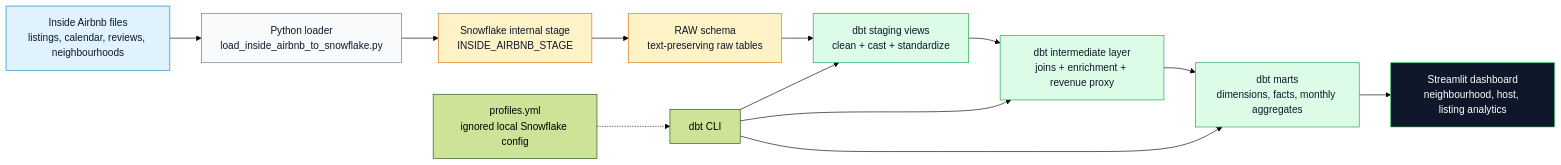
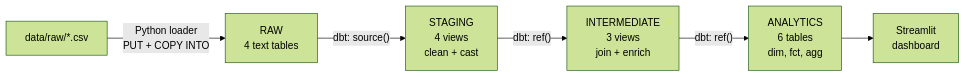
One commit to analyticsdurgesh/Snowflake_DBT_Project changed the first of 2 diagrams in README.md. Above: the diagram before and after it, drawn with Mermaid (forest theme). The commit also changed other lines of this file and 41 other files, not shown here.

````diff
--- a/README.md
+++ b/README.md
@@ -35,24 +45,8 @@
 ```mermaid
 flowchart LR
-    A["Inside Airbnb files<br/>listings, calendar, reviews, neighbourhoods"] --> B["Python loader<br/>load_inside_airbnb_to_snowflake.py"]
-    B --> C["Snowflake internal stage<br/>INSIDE_AIRBNB_STAGE"]
-    C --> D["RAW schema<br/>text-preserving raw tables"]
-    D --> E["dbt staging views<br/>clean + cast + standardize"]
-    E --> F["dbt intermediate layer<br/>joins + enrichment + revenue proxy"]
-    F --> G["dbt marts<br/>dimensions, facts, monthly aggregates"]
-    G --> H["Streamlit dashboard<br/>neighbourhood, host, listing analytics"]
-
-    I["profiles.yml<br/>ignored local Snowflake config"] -.-> J["dbt CLI"]
-    J --> E
-    J --> F
-    J --> G
-
-    style A fill:#E0F2FE,stroke:#0284C7,color:#0F172A
-    style B fill:#F8FAFC,stroke:#64748B,color:#0F172A
-    style C fill:#FEF3C7,stroke:#D97706,color:#0F172A
-    style D fill:#FEF3C7,stroke:#D97706,color:#0F172A
-    style E fill:#DCFCE7,stroke:#16A34A,color:#0F172A
-    style F fill:#DCFCE7,stroke:#16A34A,color:#0F172A
-    style G fill:#DCFCE7,stroke:#16A34A,color:#0F172A
-    style H fill:#0F172A,stroke:#22C55E,color:#FFFFFF
+    A["data/raw/*.csv"] -->|"Python loader<br/>PUT + COPY INTO"| B["RAW<br/>4 text tables"]
+    B -->|"dbt: source()"| C["STAGING<br/>4 views<br/>clean + cast"]
+    C -->|"dbt: ref()"| D["INTERMEDIATE<br/>3 views<br/>join + enrich"]
+    D -->|"dbt: ref()"| E["ANALYTICS<br/>6 tables<br/>dim, fct, agg"]
+    E --> F["Streamlit<br/>dashboard"]
 ```
````
